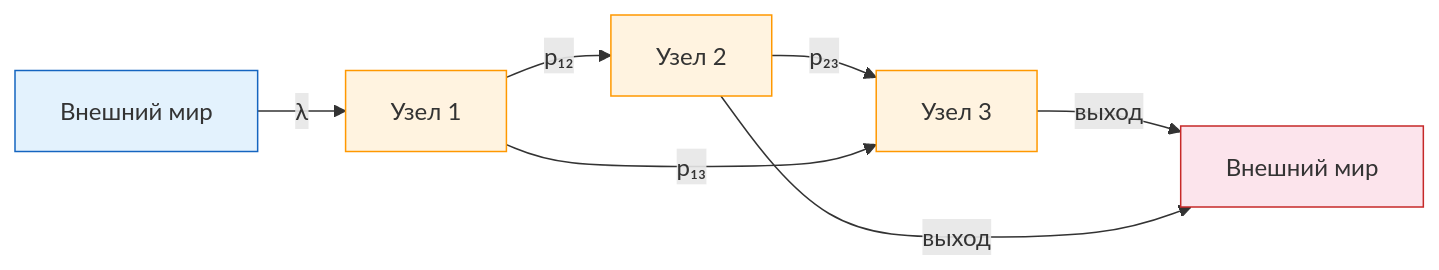
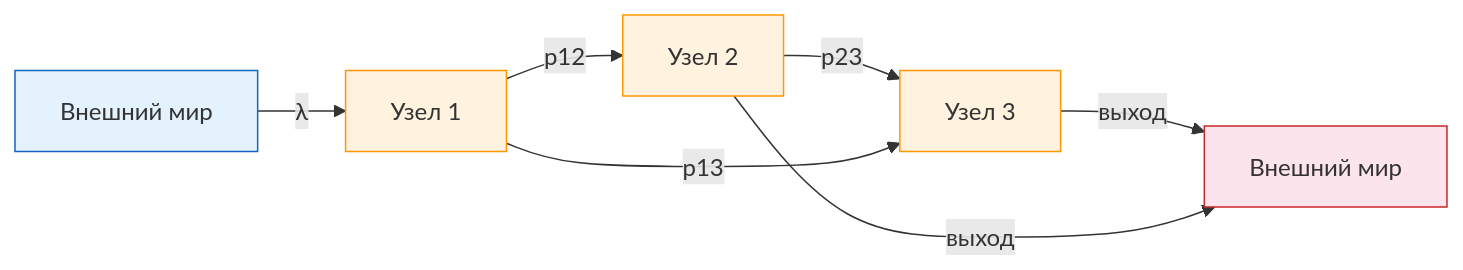
The first of 6 diagrams in docs/08-queueing-networks.md (stareeg/simulation-modeling-notes), drawn with Mermaid before and after one commit. The commit also changed other lines of this file and 14 other files, not shown here.

````diff
--- a/docs/08-queueing-networks.md
+++ b/docs/08-queueing-networks.md
@@ -27,15 +29,15 @@
 ```mermaid
 flowchart LR
     EXT["Внешний мир"] -->|"λ"| A["Узел 1"]
-    A -->|"p₁₂"| B["Узел 2"]
-    B -->|"p₂₃"| C["Узел 3"]
-    A -->|"p₁₃"| C
+    A -->|"p12"| B["Узел 2"]
+    B -->|"p23"| C["Узел 3"]
+    A -->|"p13"| C
     C -->|"выход"| OUT["Внешний мир"]
     B -->|"выход"| OUT
 
     style EXT fill:#e3f2fd,stroke:#1565C0
     style OUT fill:#fce4ec,stroke:#C62828
     style A fill:#fff3e0,stroke:#FF9800
     style B fill:#fff3e0,stroke:#FF9800
     style C fill:#fff3e0,stroke:#FF9800
 ```
````
